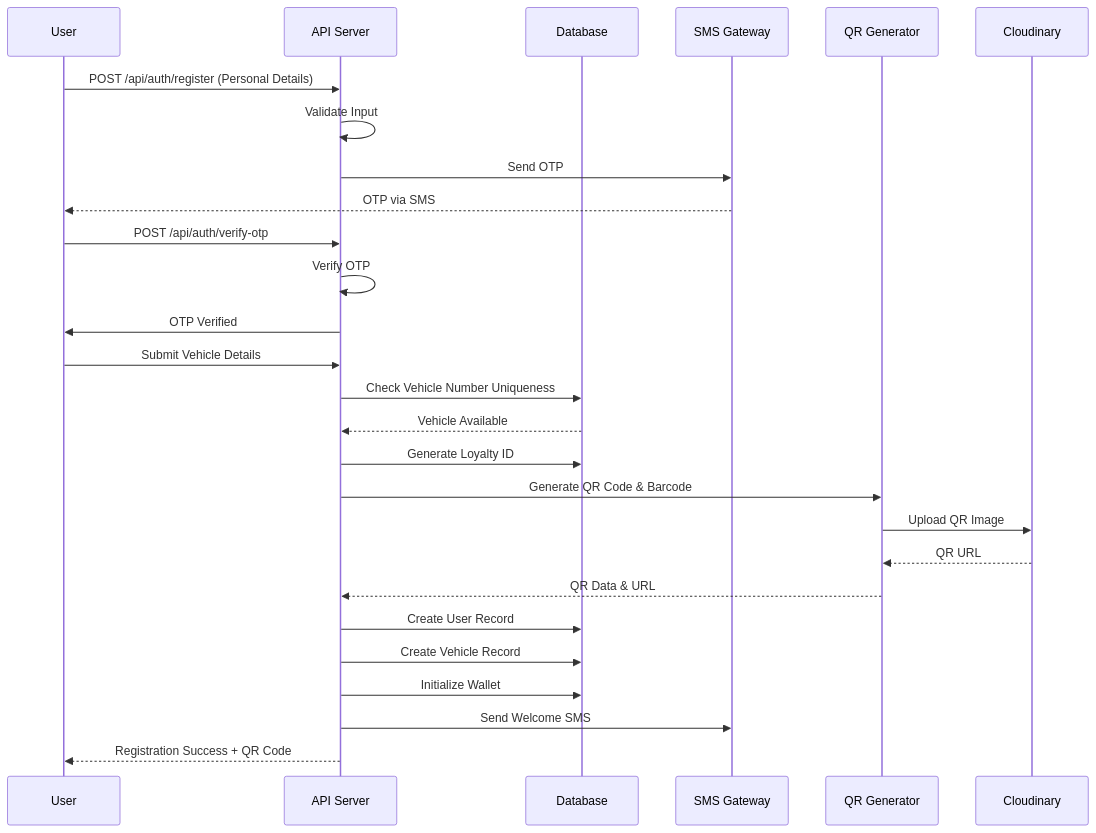
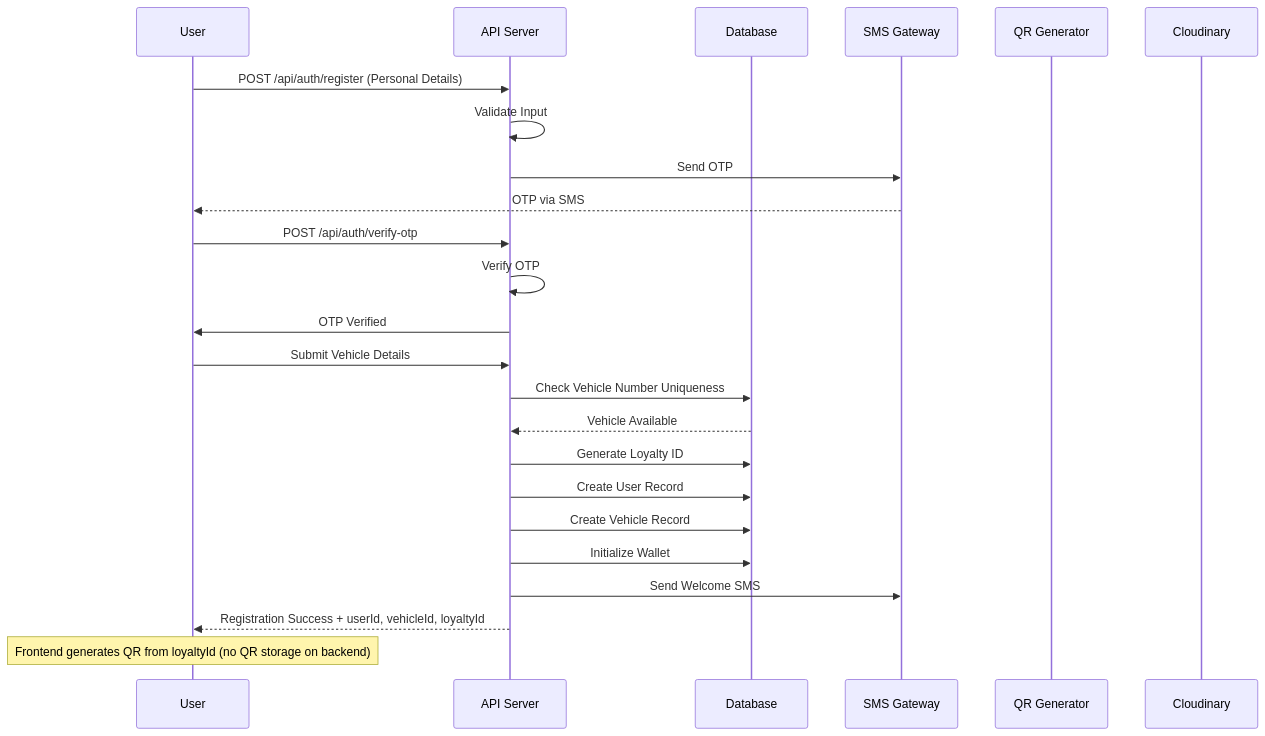
The second of 27 diagrams in Fuel-Loyalty-System-PRD.md (jrpal2001/scan2Reword), drawn with Mermaid before and after one commit. The commit also changed other lines of this file and 7 other files, not shown here.

````diff
--- a/Fuel-Loyalty-System-PRD.md
+++ b/Fuel-Loyalty-System-PRD.md
@@ -1163,34 +1282,31 @@
 ```mermaid
 sequenceDiagram
     participant U as User
     participant API as API Server
     participant DB as Database
     participant SMS as SMS Gateway
     participant QR as QR Generator
     participant CDN as Cloudinary
 
     U->>API: POST /api/auth/register (Personal Details)
     API->>API: Validate Input
     API->>SMS: Send OTP
     SMS-->>U: OTP via SMS
     U->>API: POST /api/auth/verify-otp
     API->>API: Verify OTP
     API->>U: OTP Verified
     
     U->>API: Submit Vehicle Details
     API->>DB: Check Vehicle Number Uniqueness
     DB-->>API: Vehicle Available
     
     API->>DB: Generate Loyalty ID
-    API->>QR: Generate QR Code & Barcode
-    QR->>CDN: Upload QR Image
-    CDN-->>QR: QR URL
-    QR-->>API: QR Data & URL
-    
     API->>DB: Create User Record
     API->>DB: Create Vehicle Record
     API->>DB: Initialize Wallet
     
     API->>SMS: Send Welcome SMS
-    API-->>U: Registration Success + QR Code
+    API-->>U: Registration Success + userId, vehicleId, loyaltyId
+    
+    Note over U: Frontend generates QR from loyaltyId (no QR storage on backend)
 ```
````
